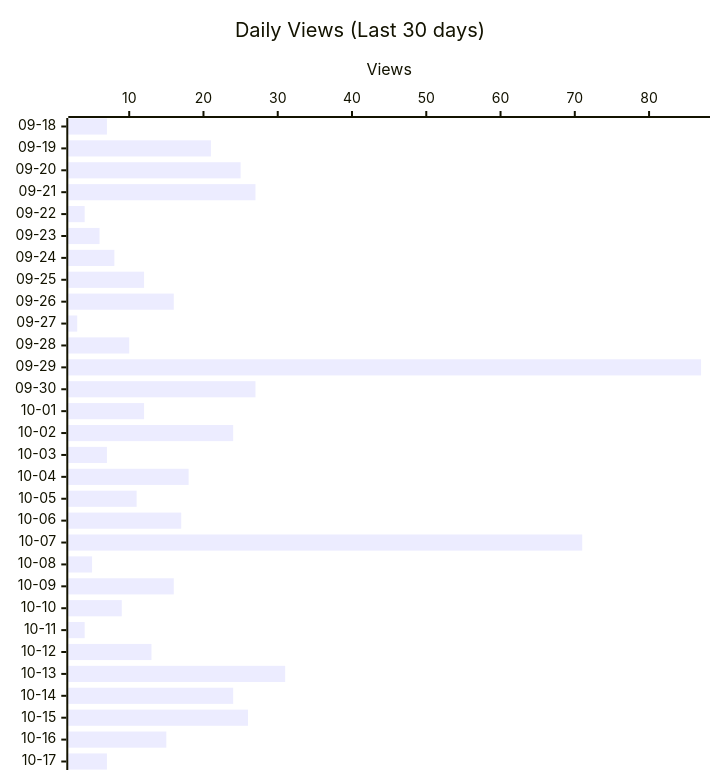
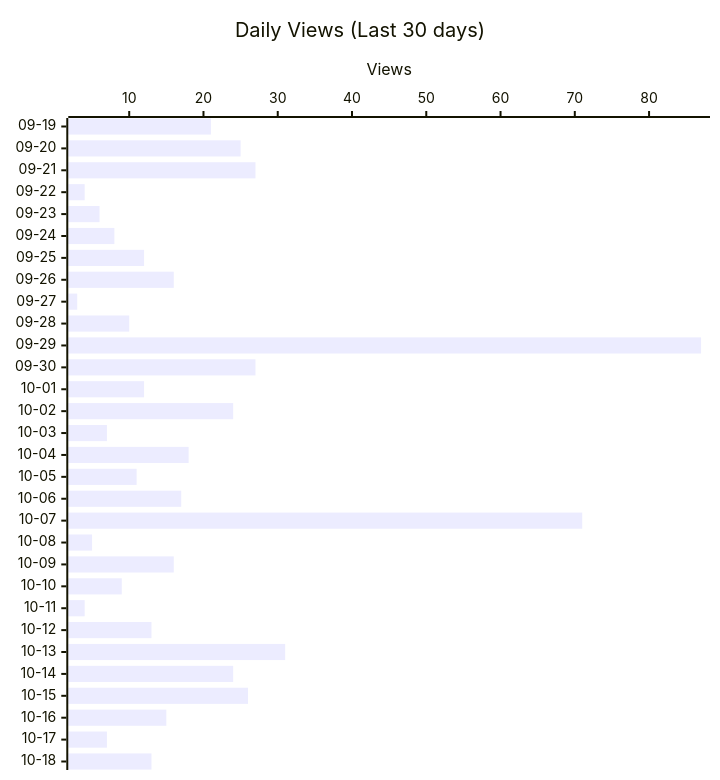
One commit to shigechika/github-insights changed the second of 4 diagrams in README.md. Above: the diagram before and after it, drawn with Mermaid. The commit also changed other lines of this file and 2 other files, not shown here.

````diff
--- a/README.md
+++ b/README.md
@@ -28,12 +28,12 @@
 ```mermaid
 ---
 config:
   xyChart:
     height: 760
 ---
 xychart-beta horizontal
     title "Daily Views (Last 30 days)"
-    x-axis ["09-18", "09-19", "09-20", "09-21", "09-22", "09-23", "09-24", "09-25", "09-26", "09-27", "09-28", "09-29", "09-30", "10-01", "10-02", "10-03", "10-04", "10-05", "10-06", "10-07", "10-08", "10-09", "10-10", "10-11", "10-12", "10-13", "10-14", "10-15", "10-16", "10-17"]
+    x-axis ["09-19", "09-20", "09-21", "09-22", "09-23", "09-24", "09-25", "09-26", "09-27", "09-28", "09-29", "09-30", "10-01", "10-02", "10-03", "10-04", "10-05", "10-06", "10-07", "10-08", "10-09", "10-10", "10-11", "10-12", "10-13", "10-14", "10-15", "10-16", "10-17", "10-18"]
     y-axis "Views"
-    bar [7, 21, 25, 27, 4, 6, 8, 12, 16, 3, 10, 87, 27, 12, 24, 7, 18, 11, 17, 71, 5, 16, 9, 4, 13, 31, 24, 26, 15, 7]
+    bar [21, 25, 27, 4, 6, 8, 12, 16, 3, 10, 87, 27, 12, 24, 7, 18, 11, 17, 71, 5, 16, 9, 4, 13, 31, 24, 26, 15, 7, 13]
 ```
````
